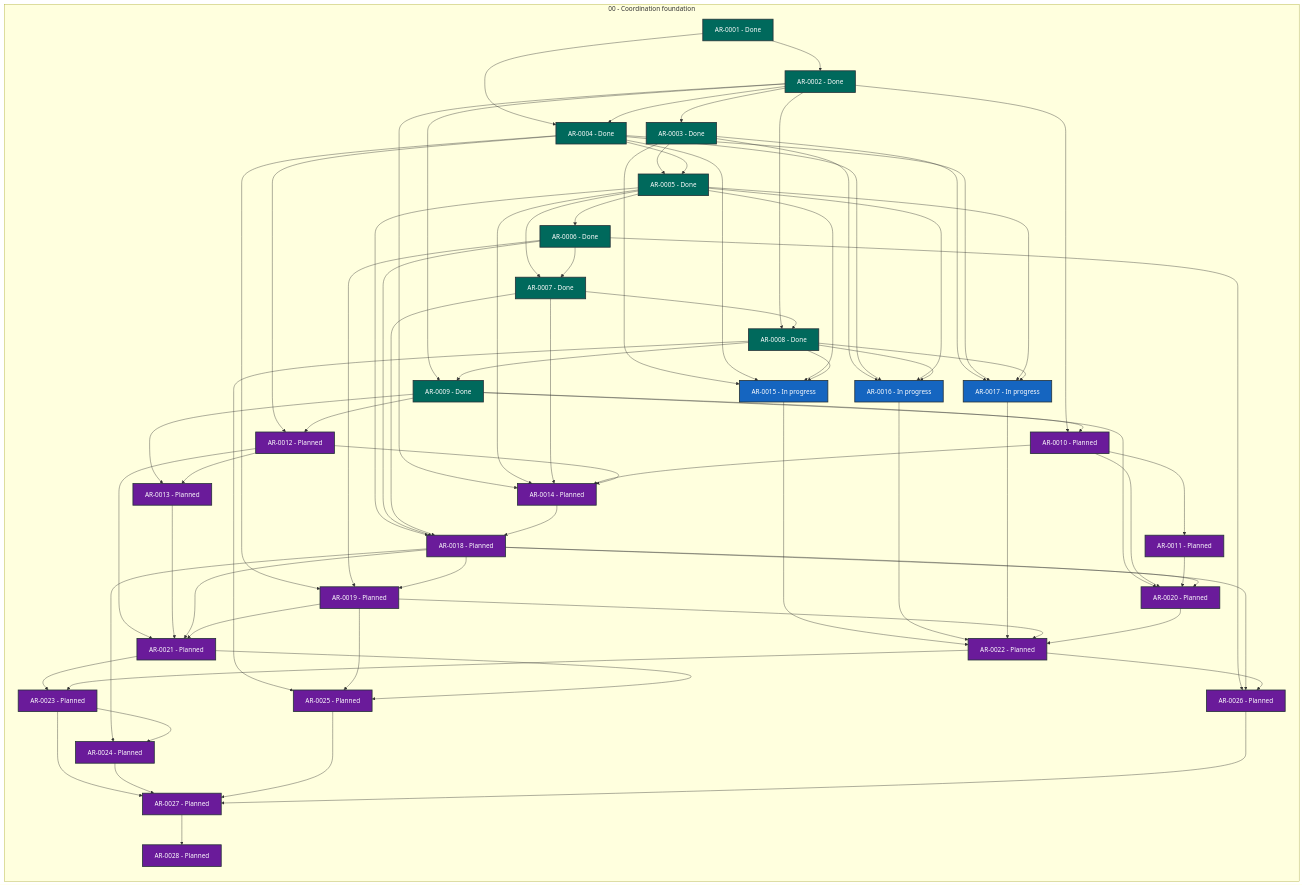
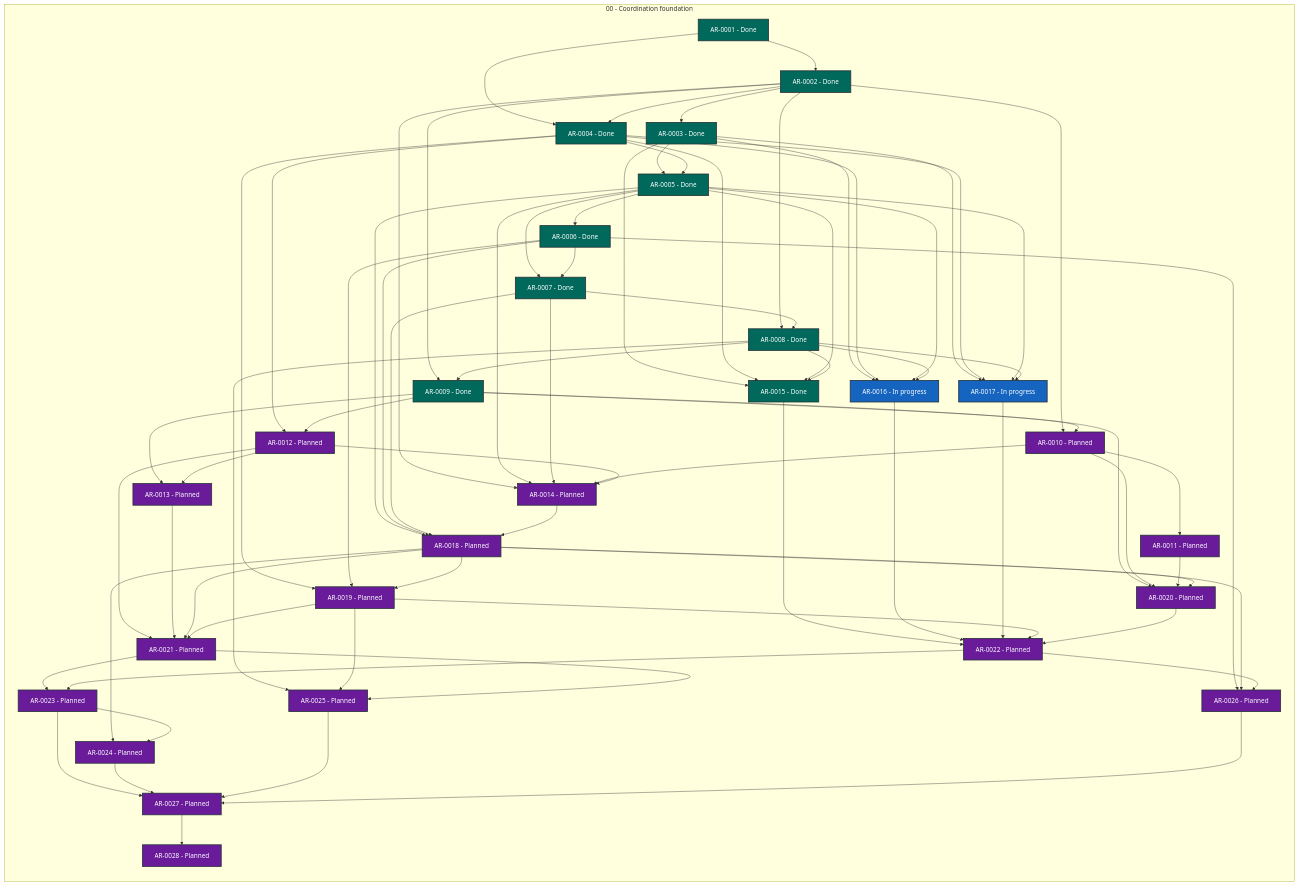
The diagram in STATUS.md (martin-beck/agent-workflow-runtime-state), drawn with Mermaid before and after one commit. The commit also changed other lines of this file and 2 other files, not shown here.

```diff
--- a/STATUS.md
+++ b/STATUS.md
@@ -42,7 +42,7 @@
         AR_0012["AR-0012 - Planned"]:::status_planned
         AR_0013["AR-0013 - Planned"]:::status_planned
         AR_0014["AR-0014 - Planned"]:::status_planned
-        AR_0015["AR-0015 - In progress"]:::status_in_progress
+        AR_0015["AR-0015 - Done"]:::status_done
         AR_0016["AR-0016 - In progress"]:::status_in_progress
         AR_0017["AR-0017 - In progress"]:::status_in_progress
         AR_0018["AR-0018 - Planned"]:::status_planned
```
